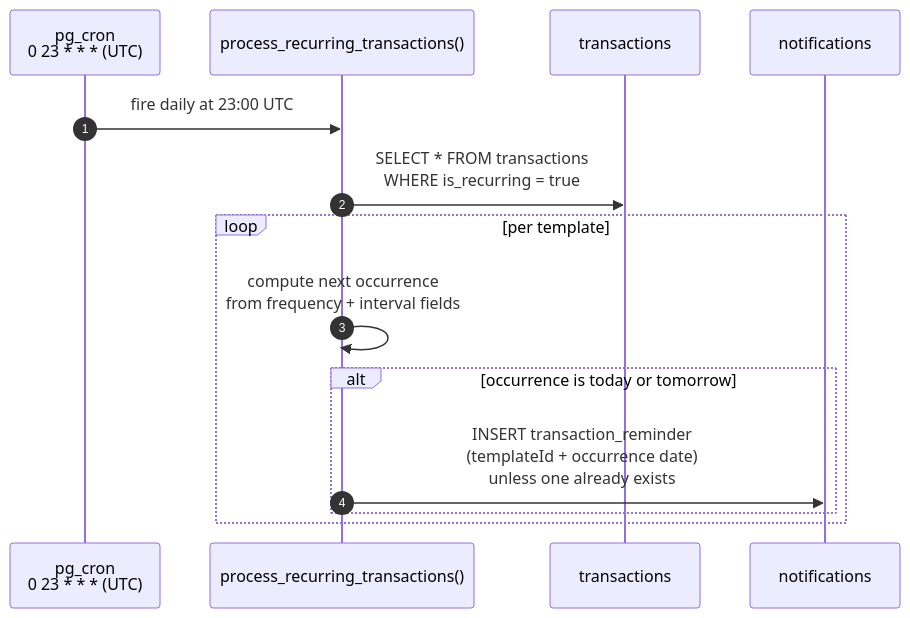
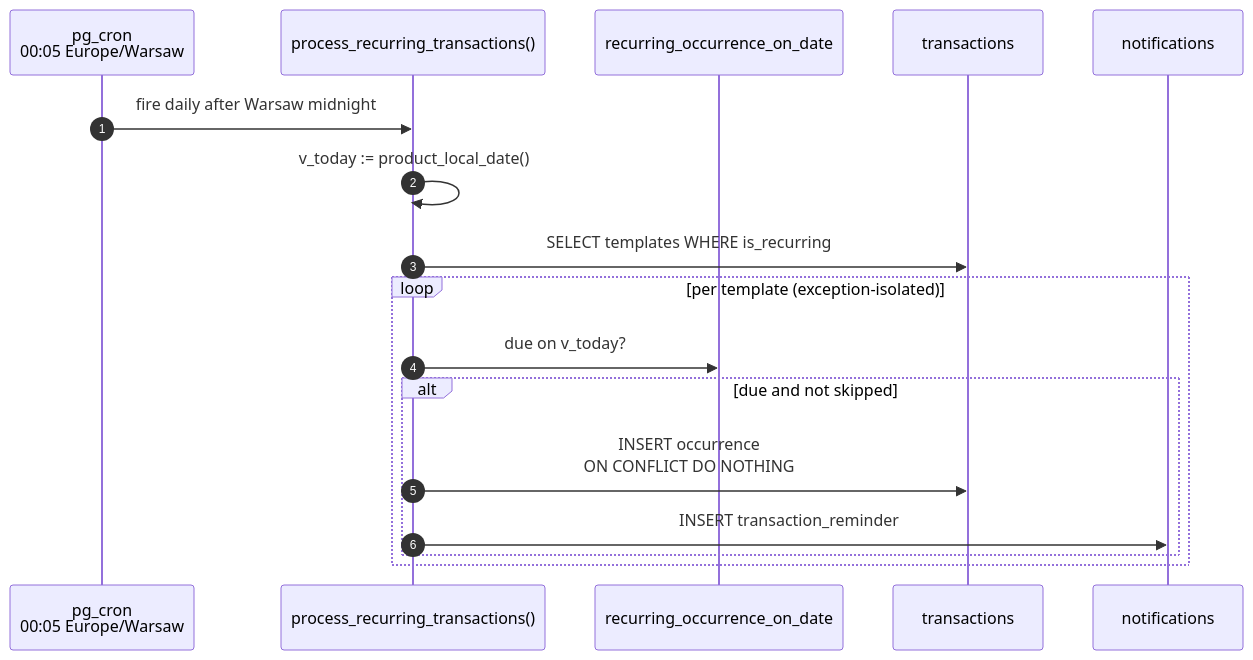
The first of 2 diagrams in docs/architecture/flows/recurring-transactions.md (adrianghub/portfelik), drawn with Mermaid before and after one commit. The commit also changed other lines of this file and 17 other files, not shown here.

First line of the commit message:
feat(db): harden recurring occurrence primitives

````diff
--- a/docs/architecture/flows/recurring-transactions.md
+++ b/docs/architecture/flows/recurring-transactions.md
@@ -21,17 +32,20 @@
 ```mermaid
 sequenceDiagram
     autonumber
-    participant Cron as pg_cron<br/>0 23 * * * (UTC)
+    participant Cron as pg_cron<br/>00:05 Europe/Warsaw
     participant Job as process_recurring_transactions()
+    participant Prim as recurring_occurrence_on_date
     participant T as transactions
     participant N as notifications
 
-    Cron->>Job: fire daily at 23:00 UTC
-    Job->>T: SELECT * FROM transactions<br/>WHERE is_recurring = true
-    loop per template
-        Job->>Job: compute next occurrence<br/>from frequency + interval fields
-        alt occurrence is today or tomorrow
-            Job->>N: INSERT transaction_reminder<br/>(templateId + occurrence date)<br/>unless one already exists
+    Cron->>Job: fire daily after Warsaw midnight
+    Job->>Job: v_today := product_local_date()
+    Job->>T: SELECT templates WHERE is_recurring
+    loop per template (exception-isolated)
+        Job->>Prim: due on v_today?
+        alt due and not skipped
+            Job->>T: INSERT occurrence<br/>ON CONFLICT DO NOTHING
+            Job->>N: INSERT transaction_reminder
         end
     end
 ```
````
